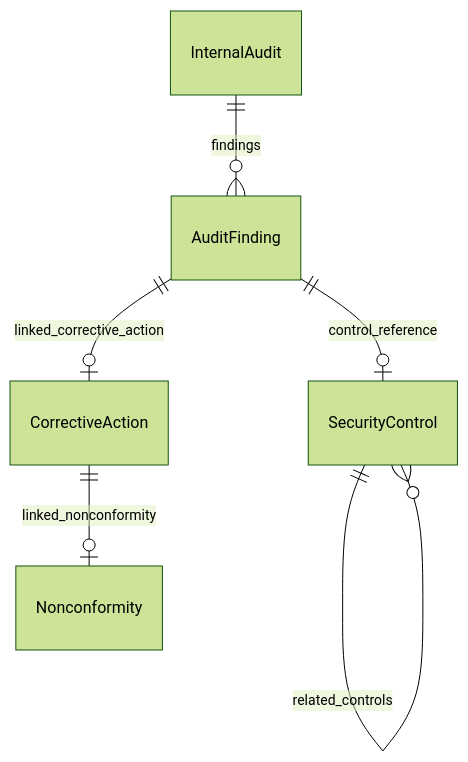
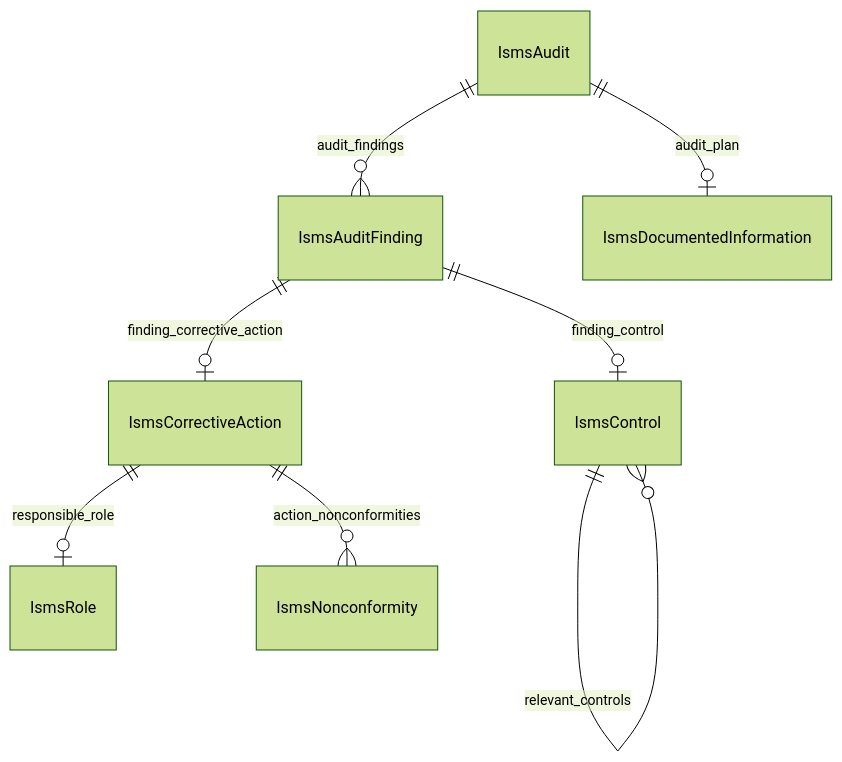
The sixth of 38 diagrams in project/markdown-datadict/iso27001.md (lmodel/iso27001), drawn with Mermaid (forest theme) before and after one commit. The commit also changed other lines of this file and 1056 other files, not shown here.

````diff
--- a/project/markdown-datadict/iso27001.md
+++ b/project/markdown-datadict/iso27001.md
@@ -1128,22 +1049,24 @@
 ```mermaid
 erDiagram
-AuditFinding {
+IsmsAudit {
 
 }
-CorrectiveAction {
+IsmsAuditFinding {
 
 }
-InternalAudit {
+IsmsControl {
 
 }
-SecurityControl {
+IsmsCorrectiveAction {
 
 }
 
-AuditFinding ||--|o CorrectiveAction : "linked_corrective_action"
-AuditFinding ||--|o SecurityControl : "control_reference"
-CorrectiveAction ||--|o Nonconformity : "linked_nonconformity"
-InternalAudit ||--}o AuditFinding : "findings"
-SecurityControl ||--}o SecurityControl : "related_controls"
+IsmsAudit ||--|o IsmsDocumentedInformation : "audit_plan"
+IsmsAudit ||--}o IsmsAuditFinding : "audit_findings"
+IsmsAuditFinding ||--|o IsmsControl : "finding_control"
+IsmsAuditFinding ||--|o IsmsCorrectiveAction : "finding_corrective_action"
+IsmsControl ||--}o IsmsControl : "relevant_controls"
+IsmsCorrectiveAction ||--|o IsmsRole : "responsible_role"
+IsmsCorrectiveAction ||--}o IsmsNonconformity : "action_nonconformities"
 
 ```
````
